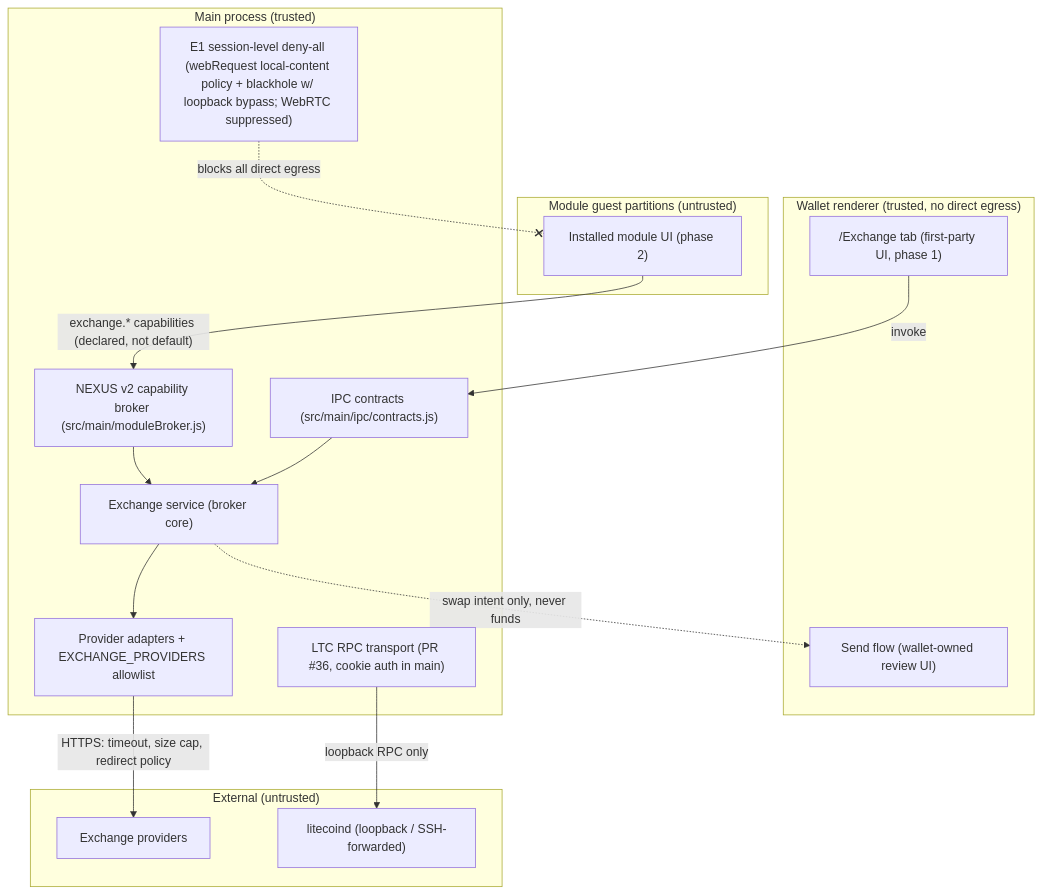
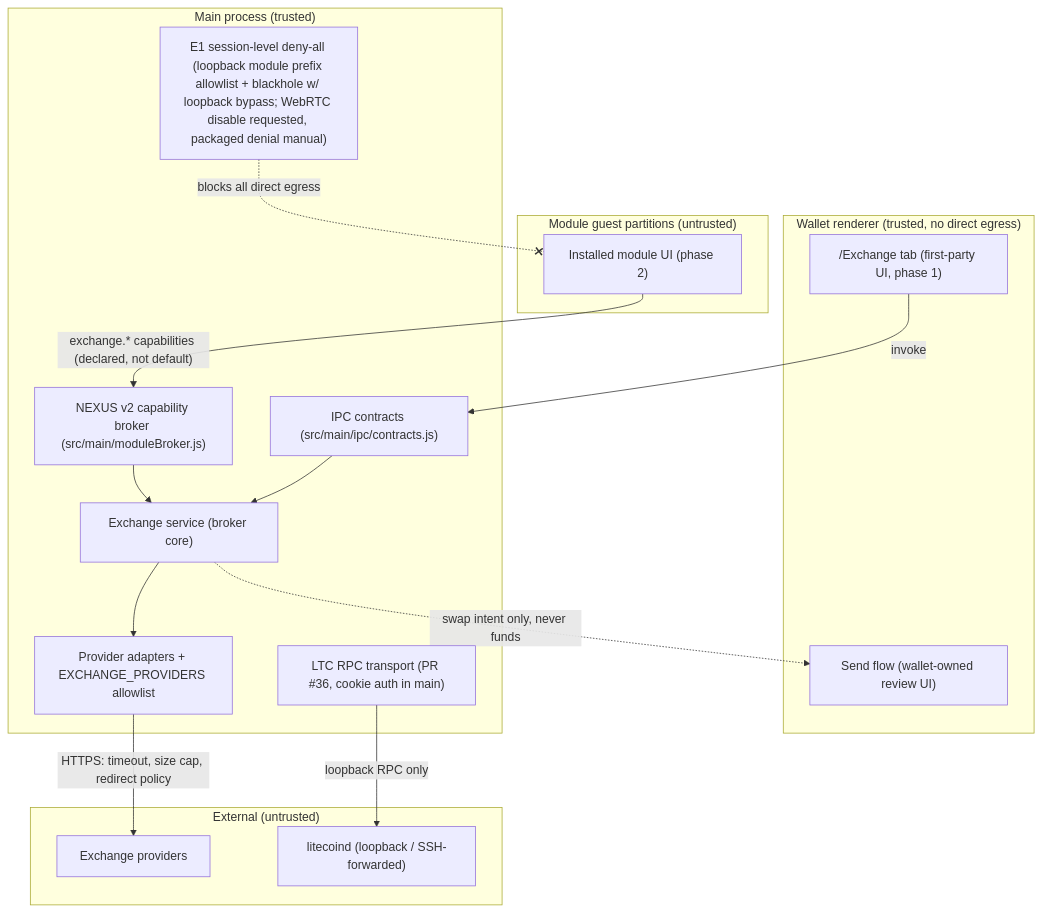
The diagram in docs/NewNexusExchange/Diagrams/trust-boundaries.md (NamecoinGithub/NexusInterface), drawn with Mermaid before and after one commit. The commit also changed 12 other files, not shown here.

Commit message:
docs: align module transport docs and diagrams with loopback policy

````diff
--- a/docs/NewNexusExchange/Diagrams/trust-boundaries.md
+++ b/docs/NewNexusExchange/Diagrams/trust-boundaries.md
@@ -7,32 +7,32 @@
 ```mermaid
 flowchart TB
     subgraph renderer["Wallet renderer (trusted, no direct egress)"]
         tab["/Exchange tab (first-party UI, phase 1)"]
         send["Send flow (wallet-owned review UI)"]
     end
 
     subgraph guest["Module guest partitions (untrusted)"]
         mod["Installed module UI (phase 2)"]
     end
 
     subgraph main["Main process (trusted)"]
         ipc["IPC contracts (src/main/ipc/contracts.js)"]
         v2["NEXUS v2 capability broker (src/main/moduleBroker.js)"]
         ex["Exchange service (broker core)"]
         ad["Provider adapters + EXCHANGE_PROVIDERS allowlist"]
         ltc["LTC RPC transport (PR #36, cookie auth in main)"]
-        e1["E1 session-level deny-all (webRequest local-content policy + blackhole w/ loopback bypass; WebRTC suppressed)"]
+        e1["E1 session-level deny-all (loopback module prefix allowlist + blackhole w/ loopback bypass; WebRTC disable requested, packaged denial manual)"]
     end
 
     subgraph external["External (untrusted)"]
         prov["Exchange providers"]
         node["litecoind (loopback / SSH-forwarded)"]
     end
 
     tab -->|"invoke"| ipc --> ex
     mod -->|"exchange.* capabilities (declared, not default)"| v2 --> ex
     ex --> ad -->|"HTTPS: timeout, size cap, redirect policy"| prov
     ex -.->|"swap intent only, never funds"| send
     main --- ltc -->|"loopback RPC only"| node
     e1 -. "blocks all direct egress" .-x mod
 ```
````
